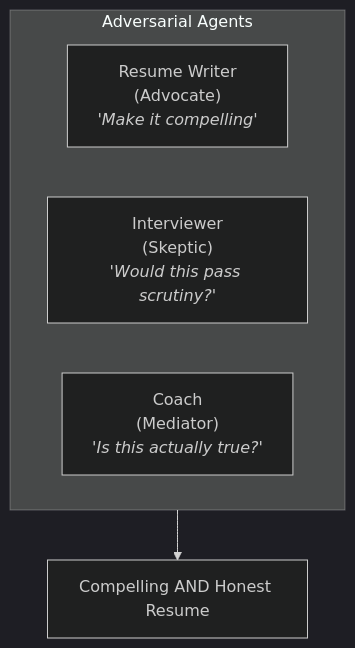
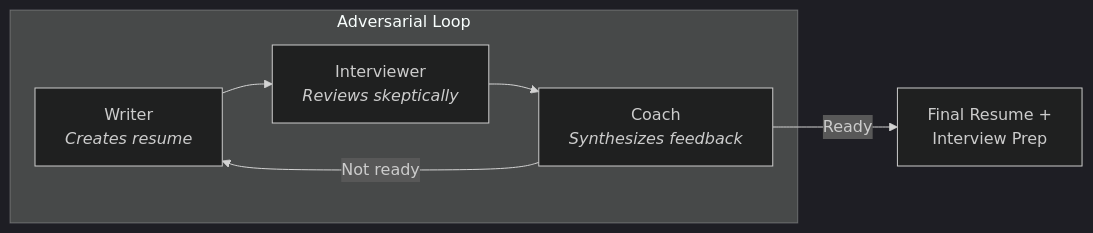
The diagram in README.md (MadeByTokens/resume-helper), drawn with Mermaid (dark theme) before and after one commit. The commit also changed other lines of this file, not shown here.

````diff
--- a/README.md
+++ b/README.md
@@ -33,9 +108,9 @@
 ```mermaid
-flowchart TB
-    subgraph Agents["Adversarial Agents"]
-        W["Resume Writer<br/>(Advocate)<br/><i>'Make it compelling'</i>"]
-        I["Interviewer<br/>(Skeptic)<br/><i>'Would this pass scrutiny?'</i>"]
-        C["Coach<br/>(Mediator)<br/><i>'Is this actually true?'</i>"]
+flowchart LR
+    subgraph Loop["Adversarial Loop"]
+        W["Writer<br/><i>Creates resume</i>"] --> I["Interviewer<br/><i>Reviews skeptically</i>"]
+        I --> C["Coach<br/><i>Synthesizes feedback</i>"]
+        C -->|Not ready| W
     end
-    Agents --> R["Compelling AND Honest Resume"]
+    C -->|Ready| OUT["Final Resume +<br/>Interview Prep"]
 ```
````
